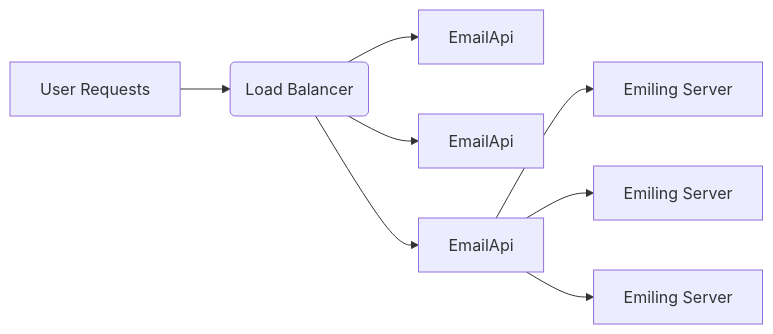
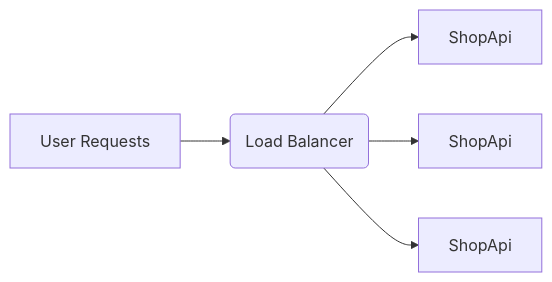
Before and after one commit to Zadigo/mycommerce: the fourth of 4 diagrams in docs/ARCHITECTURE.md, drawn with Mermaid. The commit also changed other lines of this file, not shown here.

Commit message:
Update architecture

````diff
--- a/docs/ARCHITECTURE.md
+++ b/docs/ARCHITECTURE.md
@@ -197,10 +213,7 @@
 ```mermaid
     flowchart LR
         A[User Requests] --> B(Load Balancer)
-        B --> C[EmailApi]
-        B --> D[EmailApi]
-        B --> E[EmailApi]
-        E --> G[Emiling Server]
-        E --> H[Emiling Server]
-        E --> I[Emiling Server]
+        B --> C[ShopApi]
+        B --> D[ShopApi]
+        B --> E[ShopApi]
 ```
````
